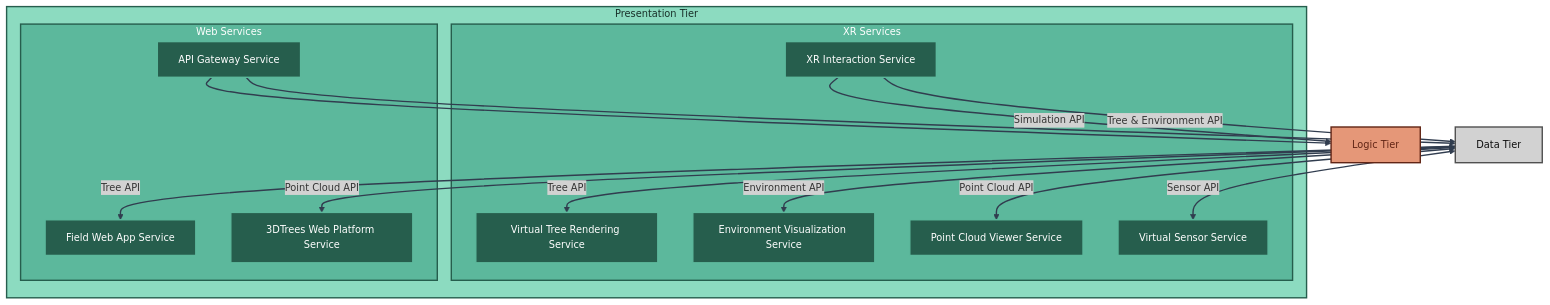
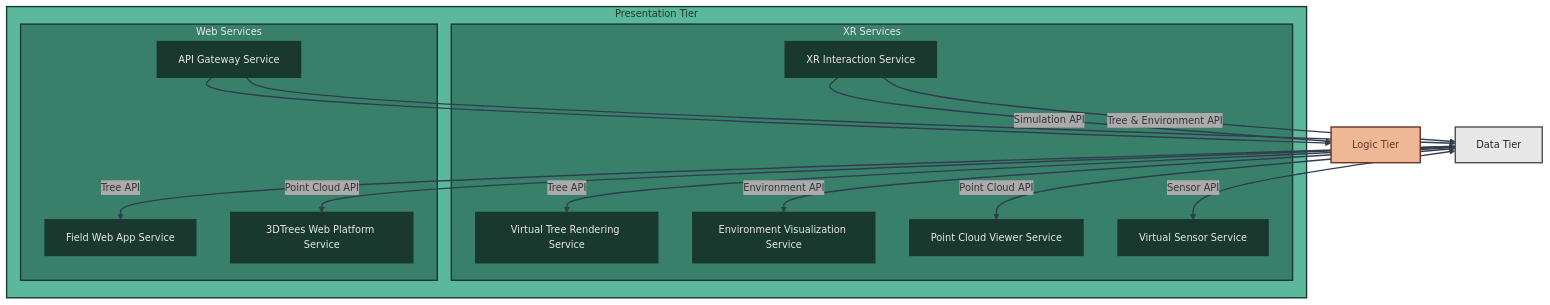
The fourth of 5 diagrams in docs/architecture/architecture.md (XRFutureForests/digital-twin-db), drawn with Mermaid before and after one commit. The commit also changed other lines of this file and 31 other files, not shown here.

````diff
--- a/docs/architecture/architecture.md
+++ b/docs/architecture/architecture.md
@@ -250,60 +245,60 @@
 ```mermaid
 %%{
 init: {
 'theme': 'base',
 'themeVariables': {
 'fontSize': '14px',
-'secondaryColor': '#d2d2d2'
+'secondaryColor': '#ababab'
 }
 }
 }%%
 flowchart TD
 
 DATA_REF["Data Tier"]
 
 LOGIC_REF["Logic Tier"]
 
 subgraph PRESENTATION_TIER["Presentation Tier"]
 
 subgraph XR_SERVICES["XR Services"]
 XS1[Virtual Tree Rendering Service]
 XS2[Environment Visualization Service]
 XS3[Point Cloud Viewer Service]
 XS4[XR Interaction Service]
 XS5[Virtual Sensor Service]
 end
 
 subgraph WEB_SERVICES["Web Services"]
 WS1[Field Web App Service]
 WS2[3DTrees Web Platform Service]
 WS3[API Gateway Service]
 end
 end
 
 DATA_REF -->|Tree API| WS1
 DATA_REF -->|Point Cloud API| WS2
 WS3 --> DATA_REF
 WS3 --> LOGIC_REF
 DATA_REF <-->|Tree API| XS1
 DATA_REF <-->|Environment API| XS2
 DATA_REF <-->|Point Cloud API| XS3
 DATA_REF <-->|Sensor API| XS5
 XS4 -->|Tree & Environment API| DATA_REF
 XS4 -->|Simulation API| LOGIC_REF
 
-classDef presentationBack fill:#8cdbc0,stroke:#265e4d,stroke-width:2px,color:#183029
-classDef dataTier fill:#d2d2d2,stroke:#505050,stroke-width:2px,color:#0f0f0f
-classDef logicTier fill:#e59778,stroke:#612515,stroke-width:2px,color:#612515
-classDef presentationTier fill:#5cb89c,stroke:#265e4d,stroke-width:2px,color:#ffffff
-classDef dataNode fill:#505050,stroke:#0f0f0f,stroke-width:2px,color:#ffffff
-classDef logicNode fill:#612515,stroke:#ad5643,stroke-width:2px,color:#ffffff
-classDef presentationNode fill:#265e4d,stroke:#5cb89c,stroke-width:2px,color:#ffffff
+classDef presentationBack fill:#5CB89C,stroke:#19392f,stroke-width:2px,color:#19392f
+classDef dataTier fill:#e8e8e8,stroke:#4f4f4f,stroke-width:2px,color:#242424
+classDef logicTier fill:#eeb896,stroke:#673428,stroke-width:2px,color:#673428
+classDef presentationTier fill:#38806a,stroke:#19392f,stroke-width:2px,color:#e8e8e8
+classDef dataNode fill:#4f4f4f,stroke:#242424,stroke-width:2px,color:#e8e8e8
+classDef logicNode fill:#d36622,stroke:#673428,stroke-width:2px,color:#e8e8e8
+classDef presentationNode fill:#19392f,stroke:#19392f,stroke-width:2px,color:#e8e8e8
 
 class PRESENTATION_TIER presentationBack
 class DATA_REF dataTier
 class LOGIC_REF logicTier
 class WEB_SERVICES,XR_SERVICES presentationTier
 class XS1,XS2,XS3,XS4,XS5,WS1,WS2,WS3 presentationNode
 
-linkStyle 0,1,2,3,4,5,6,7,8,9 stroke:#313d4f,stroke-width:2px
+linkStyle 0,1,2,3,4,5,6,7,8,9 stroke:#313D4F,stroke-width:2px
 ```
````
